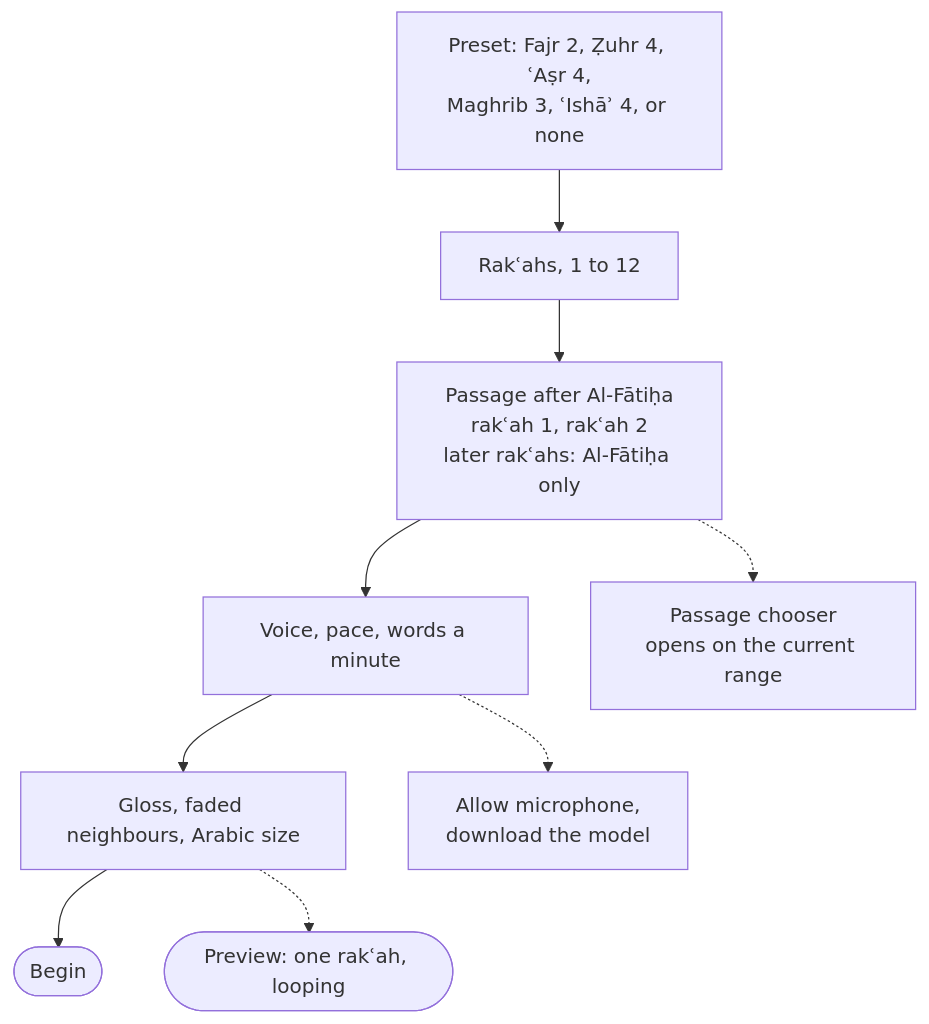
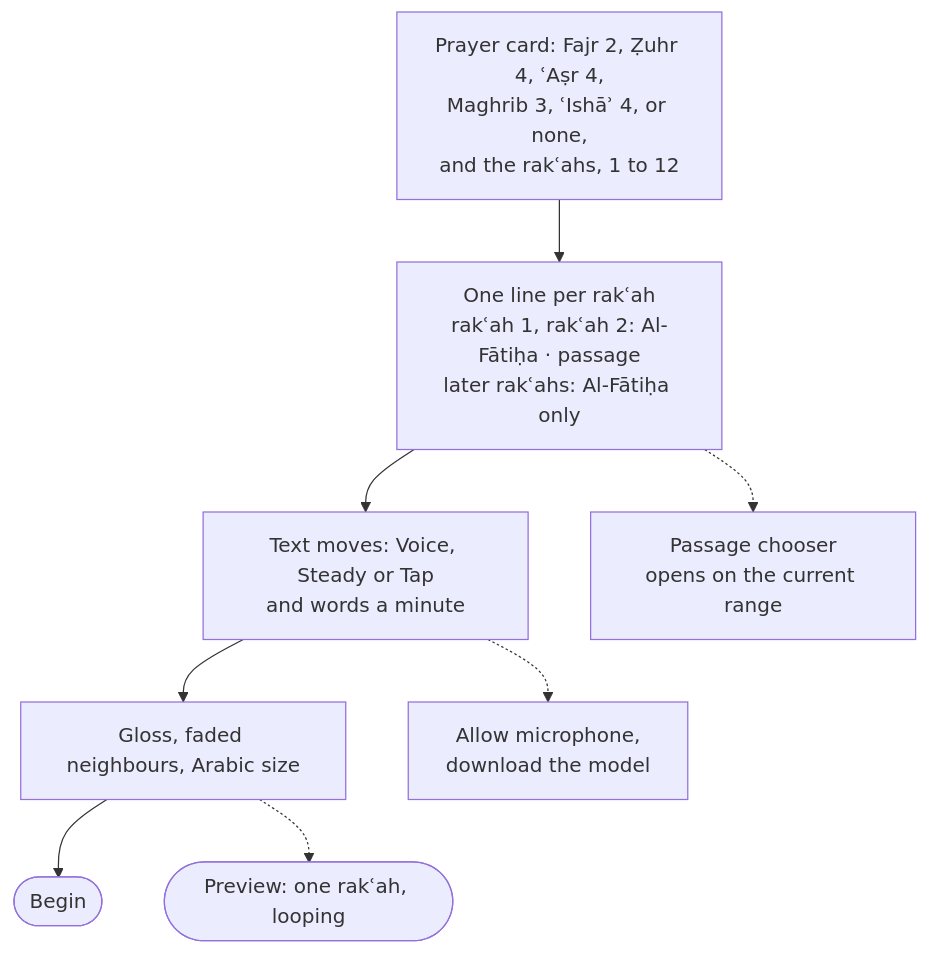
One commit to MohammadBnei/wird changed the eighth of 11 diagrams in docs/architecture/app/sets-and-reader.md. Above: the diagram before and after it, drawn with Mermaid. The commit also changed other lines of this file and 49 other files, not shown here.

````diff
--- a/docs/architecture/app/sets-and-reader.md
+++ b/docs/architecture/app/sets-and-reader.md
@@ -327,11 +329,10 @@
 ```mermaid
 flowchart TB
-  preset["Preset: Fajr 2, Ẓuhr 4, ʿAṣr 4,<br/>Maghrib 3, ʿIshāʾ 4, or none"] --> count["Rakʿahs, 1 to 12"]
-  count --> passages["Passage after Al-Fātiḥa<br/>rakʿah 1, rakʿah 2<br/>later rakʿahs: Al-Fātiḥa only"]
-  passages --> movement["Voice, pace, words a minute"]
+  preset["Prayer card: Fajr 2, Ẓuhr 4, ʿAṣr 4,<br/>Maghrib 3, ʿIshāʾ 4, or none,<br/>and the rakʿahs, 1 to 12"] --> passages["One line per rakʿah<br/>rakʿah 1, rakʿah 2: Al-Fātiḥa · passage<br/>later rakʿahs: Al-Fātiḥa only"]
+  passages --> movement["Text moves: Voice, Steady or Tap<br/>and words a minute"]
   movement --> display["Gloss, faded neighbours, Arabic size"]
   display --> begin(["Begin"])
   passages -.-> chooser["Passage chooser<br/>opens on the current range"]
   movement -.-> setup["Allow microphone,<br/>download the model"]
   display -.-> preview(["Preview: one rakʿah, looping"])
 ```
````
